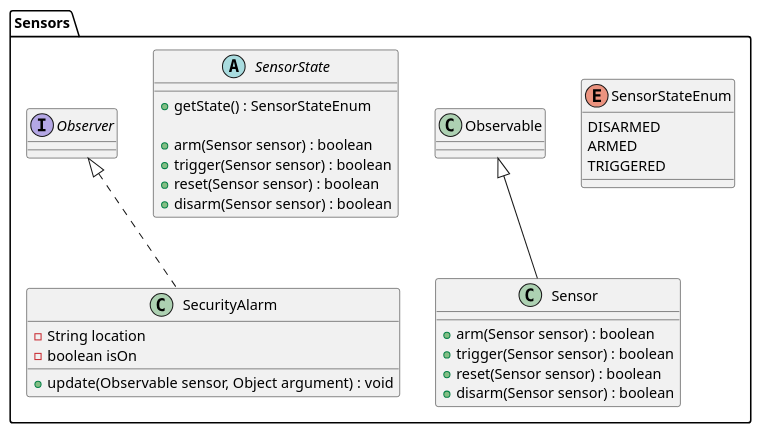
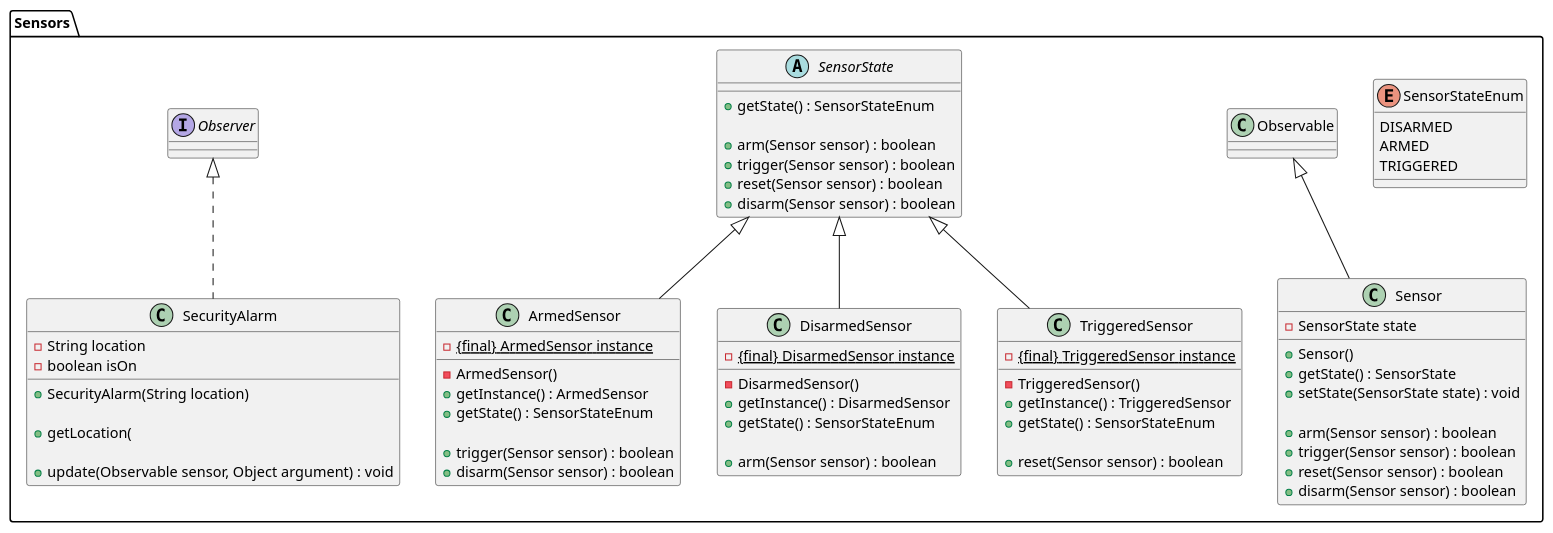
Before and after one commit to gabdumal/dcc078: the diagram in src/main/java/assignments/sensors/ClassDiagram.puml, drawn with PlantUML.

Commit message:
Improve class diagram

```diff
--- a/src/main/java/assignments/sensors/ClassDiagram.puml
+++ b/src/main/java/assignments/sensors/ClassDiagram.puml
@@ -1,39 +1,80 @@
 @startuml
 'https://plantuml.com/class-diagram
 
 'left to right direction
 
 package sensors_package as "Sensors" {
 
 enum SensorStateEnum {
     DISARMED
     ARMED
     TRIGGERED
 }
 
 class Sensor extends Observable {
+    - SensorState state
+
+    + Sensor()
+    + getState() : SensorState
+    + setState(SensorState state) : void
+
     + arm(Sensor sensor) : boolean
     + trigger(Sensor sensor) : boolean
     + reset(Sensor sensor) : boolean
     + disarm(Sensor sensor) : boolean
 }
 
 abstract class SensorState {
     + getState() : SensorStateEnum
 
     + arm(Sensor sensor) : boolean
     + trigger(Sensor sensor) : boolean
     + reset(Sensor sensor) : boolean
     + disarm(Sensor sensor) : boolean
 }
 
+class ArmedSensor extends SensorState {
+    - {static} {final} ArmedSensor instance
+
+    - ArmedSensor()
+    + getInstance() : ArmedSensor
+    + getState() : SensorStateEnum
+
+    + trigger(Sensor sensor) : boolean
+    + disarm(Sensor sensor) : boolean
+}
+
+class DisarmedSensor extends SensorState {
+    - {static} {final} DisarmedSensor instance
+
+    - DisarmedSensor()
+    + getInstance() : DisarmedSensor
+    + getState() : SensorStateEnum
+
+    + arm(Sensor sensor) : boolean
+}
+
+class TriggeredSensor extends SensorState {
+    - {static} {final} TriggeredSensor instance
+
+    - TriggeredSensor()
+    + getInstance() : TriggeredSensor
+    + getState() : SensorStateEnum
+
+    + reset(Sensor sensor) : boolean
+}
+
 class SecurityAlarm implements Observer {
     - String location
     - boolean isOn
+
+    + SecurityAlarm(String location)
+
+    + getLocation(
 
     + update(Observable sensor, Object argument) : void
 }
 
 }
 
 @enduml
```
